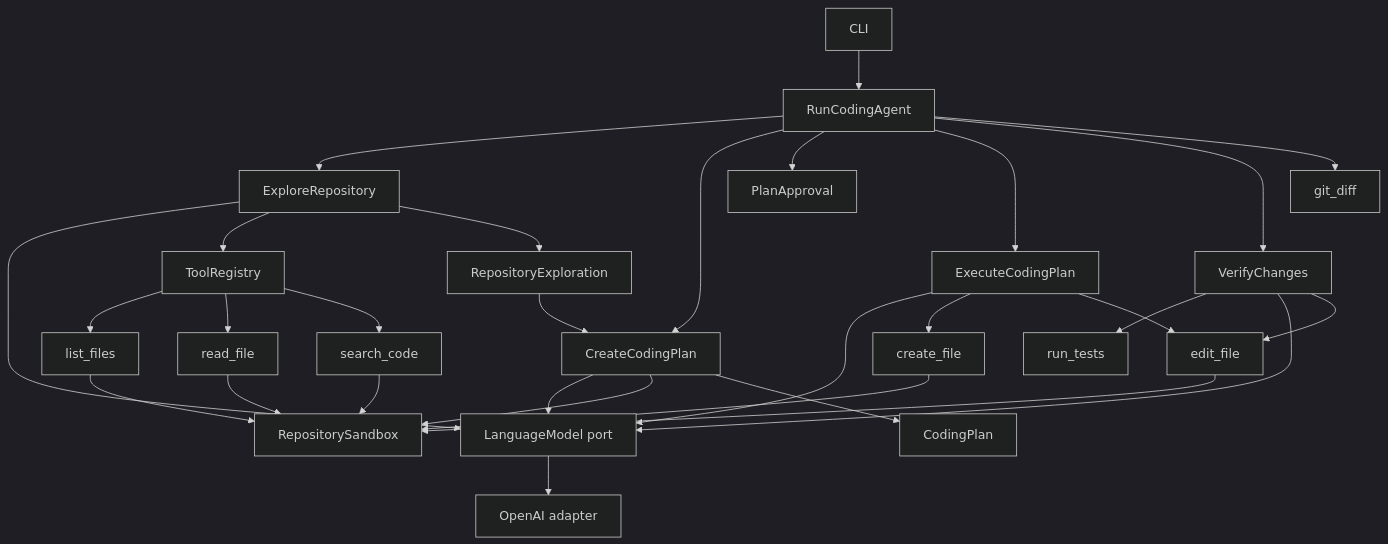
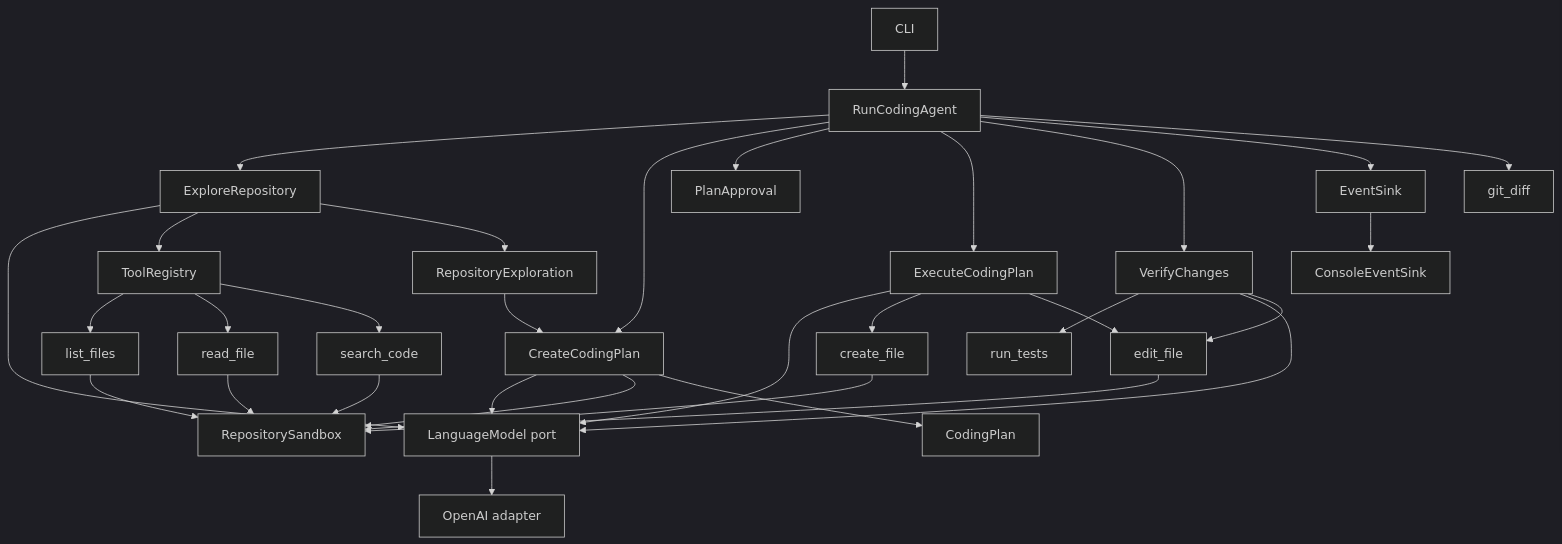
Before and after one commit to ArianeZan/mini-code: the diagram in README.md, drawn with Mermaid (dark theme). The commit also changed other lines of this file and 17 other files, not shown here.

Commit message:
feat: add agent observability events

````diff
--- a/README.md
+++ b/README.md
@@ -95,32 +95,34 @@
 ```mermaid
 flowchart TD
     CLI[CLI] --> Agent[RunCodingAgent]
     Agent --> Explore[ExploreRepository]
     Agent --> Plan[CreateCodingPlan]
     Agent --> Approval[PlanApproval]
     Agent --> Execute[ExecuteCodingPlan]
     Agent --> Verify[VerifyChanges]
+    Agent --> Events[EventSink]
     Explore --> LM[LanguageModel port]
     Plan --> LM
     Execute --> LM
     LM --> OpenAI[OpenAI adapter]
     Explore --> Registry[ToolRegistry]
     Registry --> List[list_files]
     Registry --> Read[read_file]
     Registry --> Search[search_code]
     List --> Sandbox[RepositorySandbox]
     Read --> Sandbox
     Search --> Sandbox
     Plan --> Sandbox
     Execute --> Create[create_file]
     Execute --> Edit[edit_file]
     Verify --> Tests[run_tests]
     Verify --> LM
     Verify --> Edit
     Create --> Sandbox
     Edit --> Sandbox
     Agent --> Diff[git_diff]
+    Events --> Console[ConsoleEventSink]
     Explore --> Result[RepositoryExploration]
     Result --> Plan
     Plan --> CodingPlan[CodingPlan]
 ```
````
